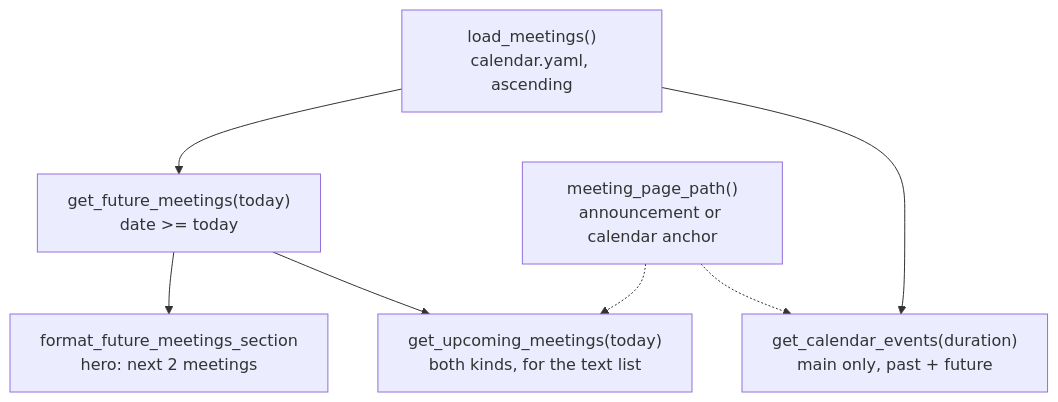
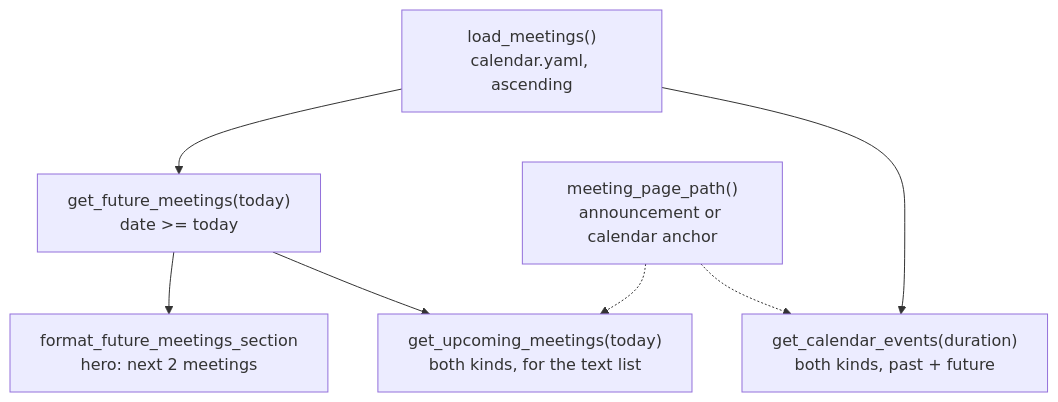
Before and after one commit to Boston-Robot-Hackers/brh-website-2: the second of 2 diagrams in process/01-literate/04-content_manager.md, drawn with Mermaid. The commit also changed other lines of this file and 8 other files, not shown here.

````diff
--- a/process/01-literate/04-content_manager.md
+++ b/process/01-literate/04-content_manager.md
@@ -100,9 +100,9 @@
 ```mermaid
 flowchart TD
     L["load_meetings()<br/>calendar.yaml, ascending"] --> F["get_future_meetings(today)<br/>date >= today"]
-    L --> E["get_calendar_events(duration)<br/>main only, past + future"]
+    L --> E["get_calendar_events(duration)<br/>both kinds, past + future"]
     F --> H["format_future_meetings_section<br/>hero: next 2 meetings"]
     F --> T["get_upcoming_meetings(today)<br/>both kinds, for the text list"]
     P["meeting_page_path()<br/>announcement or calendar anchor"] -.-> T
     P -.-> E
 ```
````
